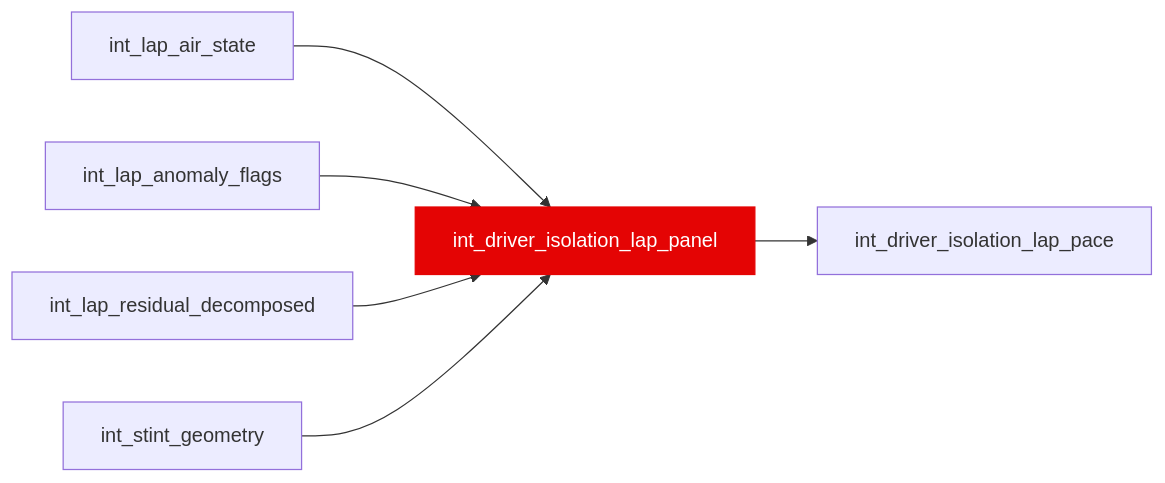
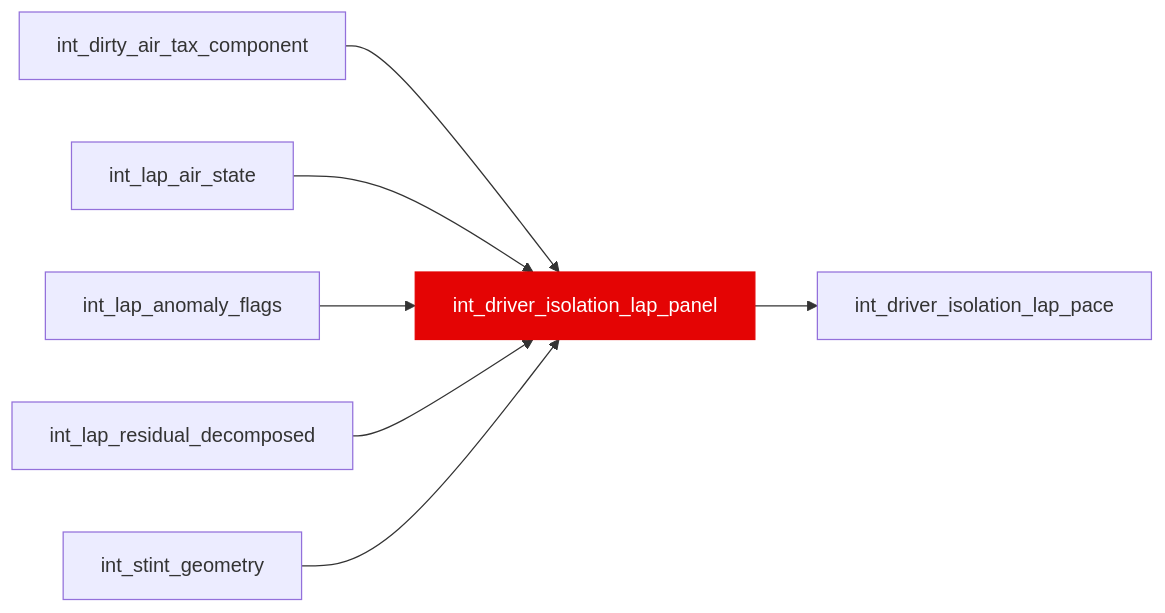
One commit to JustinClarke/off-the-pace changed the diagram in docs/reference/models/int/int_driver_isolation_lap_panel.mdx. Above: the diagram before and after it, drawn with Mermaid. The commit also changed other lines of this file and 286 other files, not shown here.

````diff
--- a/docs/reference/models/int/int_driver_isolation_lap_panel.mdx
+++ b/docs/reference/models/int/int_driver_isolation_lap_panel.mdx
@@ -15,9 +15,10 @@
 ```mermaid
 flowchart LR
+  int_dirty_air_tax_component --> int_driver_isolation_lap_panel
   int_lap_air_state --> int_driver_isolation_lap_panel
   int_lap_anomaly_flags --> int_driver_isolation_lap_panel
   int_lap_residual_decomposed --> int_driver_isolation_lap_panel
   int_stint_geometry --> int_driver_isolation_lap_panel
   int_driver_isolation_lap_panel --> int_driver_isolation_lap_pace
   style int_driver_isolation_lap_panel fill:#e40404,stroke:#e40404,color:#fff
 ```
````
